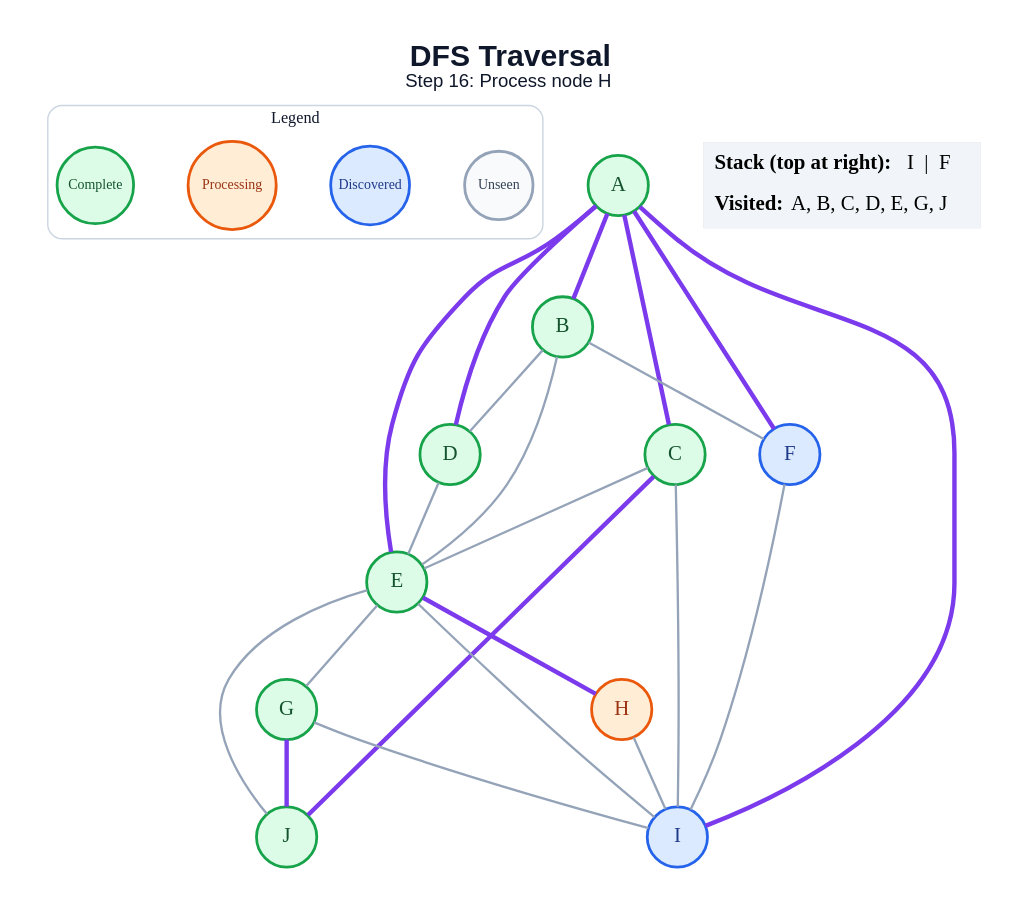
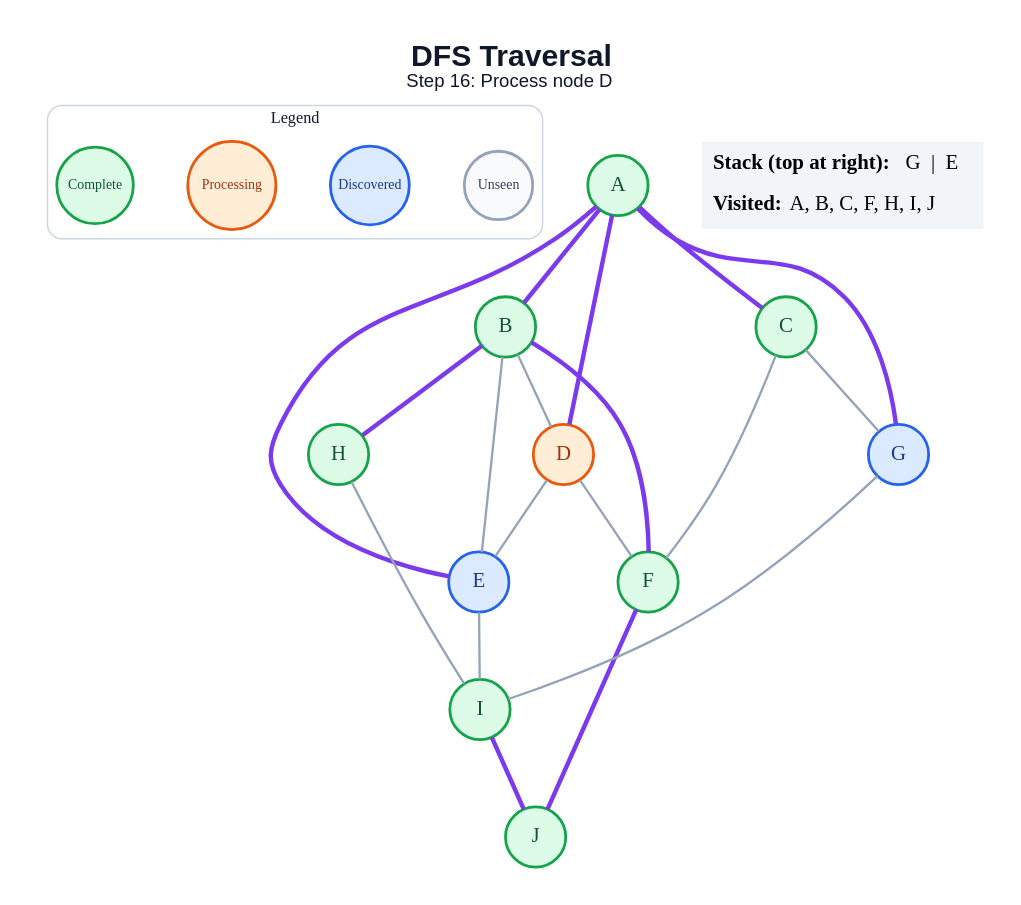
One commit to anon7238593-create/ai-slop changed the diagram in generated/dfs/step_16.dot. Above: the diagram before and after it, drawn with Graphviz. The commit also changed 178 other files, not shown here.

```diff
--- a/generated/dfs/step_16.dot
+++ b/generated/dfs/step_16.dot
@@ -1,50 +1,47 @@
 graph traversal {
   graph [layout=dot, rankdir=TB, bgcolor="#FFFFFF", pad="0.35", nodesep="0.65", ranksep="0.8", fontname="Arial"];
   node [shape=circle, style="filled", fontname="Arial Bold", fontsize=18, width=0.72, fixedsize=true, penwidth=2.4];
   edge [color="#94A3B8", penwidth=2.0];
-  label=<<B>DFS Traversal</B><BR/><FONT POINT-SIZE="16">Step 16: Process node H</FONT>>; labelloc="t"; fontsize=26; fontname="Arial"; fontcolor="#0F172A";
+  label=<<B>DFS Traversal</B><BR/><FONT POINT-SIZE="16">Step 16: Process node D</FONT>>; labelloc="t"; fontsize=26; fontname="Arial"; fontcolor="#0F172A";
   subgraph cluster_legend { label="Legend"; color="#CBD5E1"; penwidth=1.2; style="rounded"; fontsize=14; fontname="Arial Bold";
     key_unseen [label="Unseen", fillcolor="#F8FAFC", color="#94A3B8", fontcolor="#334155", fontsize=12, width=0.82];
     key_frontier [label="Discovered", fillcolor="#DBEAFE", color="#2563EB", fontcolor="#1E3A8A", fontsize=12, width=0.95];
     key_current [label="Processing", fillcolor="#FFEDD5", color="#EA580C", fontcolor="#9A3412", fontsize=12, width=1.05];
     key_done [label="Complete", fillcolor="#DCFCE7", color="#16A34A", fontcolor="#14532D", fontsize=12, width=0.92];
     { rank=same; key_unseen; key_frontier; key_current; key_done; }
   }
   A [fillcolor="#DCFCE7", color="#16A34A", fontcolor="#14532D"];
   B [fillcolor="#DCFCE7", color="#16A34A", fontcolor="#14532D"];
   C [fillcolor="#DCFCE7", color="#16A34A", fontcolor="#14532D"];
-  D [fillcolor="#DCFCE7", color="#16A34A", fontcolor="#14532D"];
-  E [fillcolor="#DCFCE7", color="#16A34A", fontcolor="#14532D"];
-  F [fillcolor="#DBEAFE", color="#2563EB", fontcolor="#1E3A8A"];
-  G [fillcolor="#DCFCE7", color="#16A34A", fontcolor="#14532D"];
-  H [fillcolor="#FFEDD5", color="#EA580C", fontcolor="#9A3412"];
-  I [fillcolor="#DBEAFE", color="#2563EB", fontcolor="#1E3A8A"];
+  D [fillcolor="#FFEDD5", color="#EA580C", fontcolor="#9A3412"];
+  E [fillcolor="#DBEAFE", color="#2563EB", fontcolor="#1E3A8A"];
+  F [fillcolor="#DCFCE7", color="#16A34A", fontcolor="#14532D"];
+  G [fillcolor="#DBEAFE", color="#2563EB", fontcolor="#1E3A8A"];
+  H [fillcolor="#DCFCE7", color="#16A34A", fontcolor="#14532D"];
+  I [fillcolor="#DCFCE7", color="#16A34A", fontcolor="#14532D"];
   J [fillcolor="#DCFCE7", color="#16A34A", fontcolor="#14532D"];
   A -- B [color="#7C3AED", penwidth=3.8];
   A -- C [color="#7C3AED", penwidth=3.8];
   A -- D [color="#7C3AED", penwidth=3.8];
   A -- E [color="#7C3AED", penwidth=3.8];
-  A -- F [color="#7C3AED", penwidth=3.8];
-  A -- I [color="#7C3AED", penwidth=3.8];
+  A -- G [color="#7C3AED", penwidth=3.8];
   B -- D;
   B -- E;
-  B -- F;
-  C -- E;
-  C -- I;
-  C -- J [color="#7C3AED", penwidth=3.8];
+  B -- F [color="#7C3AED", penwidth=3.8];
+  B -- H [color="#7C3AED", penwidth=3.8];
+  C -- F;
+  C -- G;
   D -- E;
-  E -- G;
-  E -- H [color="#7C3AED", penwidth=3.8];
+  D -- F;
   E -- I;
-  E -- J;
-  F -- I;
+  F -- J [color="#7C3AED", penwidth=3.8];
   G -- I;
-  G -- J [color="#7C3AED", penwidth=3.8];
   H -- I;
+  I -- J [color="#7C3AED", penwidth=3.8];
   status [shape=plain, fixedsize=false, width=0, height=0, margin=0, label=<
     <TABLE BORDER="0" CELLBORDER="0" CELLPADDING="7" BGCOLOR="#F1F5F9">
-      <TR><TD ALIGN="LEFT"><B>Stack (top at right):</B> I  |  F</TD></TR>
-      <TR><TD ALIGN="LEFT"><B>Visited:</B> A, B, C, D, E, G, J</TD></TR>
+      <TR><TD ALIGN="LEFT"><B>Stack (top at right):</B> G  |  E</TD></TR>
+      <TR><TD ALIGN="LEFT"><B>Visited:</B> A, B, C, F, H, I, J</TD></TR>
     </TABLE>
   >];
 }
```
